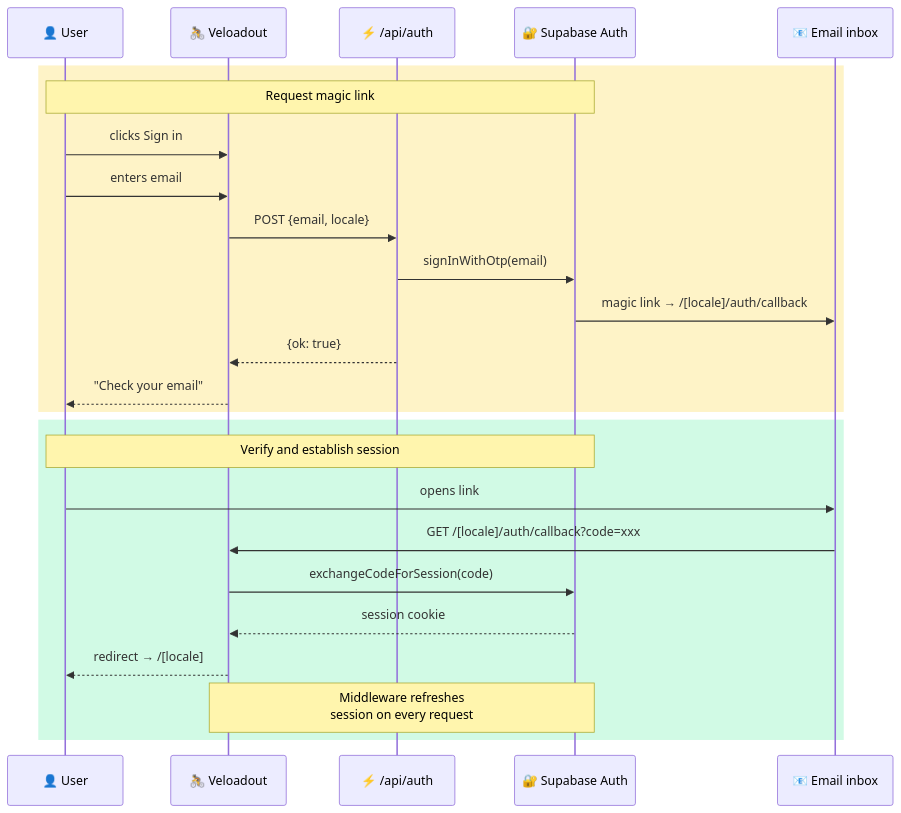
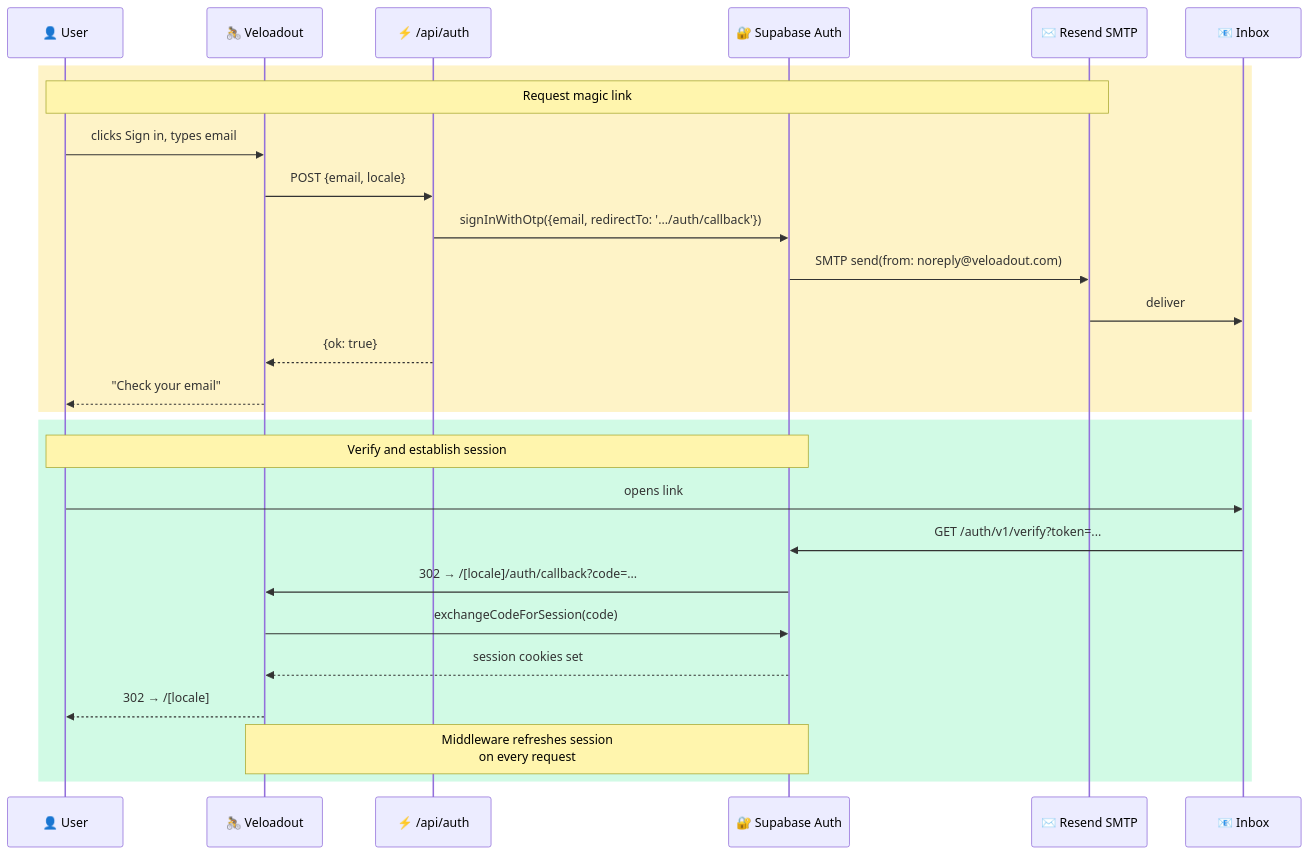
One commit to alexzhel-io/veloadout changed the fourth of 12 diagrams in docs/architecture.md. Above: the diagram before and after it, drawn with Mermaid. The commit also changed other lines of this file and 1 other file, not shown here.

First line of the commit message:
docs: rewrite architecture & operations as narrative — reads like an article

````diff
--- a/docs/architecture.md
+++ b/docs/architecture.md
@@ -190,29 +382,31 @@
 ```mermaid
 sequenceDiagram
     participant U as 👤 User
     participant App as 🚴 Veloadout
     participant API as ⚡ /api/auth
     participant SB as 🔐 Supabase Auth
-    participant Email as 📧 Email inbox
+    participant Resend as ✉️ Resend SMTP
+    participant Email as 📧 Inbox
 
     rect rgb(254, 243, 199)
-        Note over U,SB: Request magic link
-        U->>App: clicks Sign in
-        U->>App: enters email
+        Note over U,Resend: Request magic link
+        U->>App: clicks Sign in, types email
         App->>API: POST {email, locale}
-        API->>SB: signInWithOtp(email)
-        SB->>Email: magic link → /[locale]/auth/callback
+        API->>SB: signInWithOtp({email, redirectTo: '.../auth/callback'})
+        SB->>Resend: SMTP send(from: noreply@veloadout.com)
+        Resend->>Email: deliver
         API-->>App: {ok: true}
         App-->>U: "Check your email"
     end
 
     rect rgb(209, 250, 229)
         Note over U,SB: Verify and establish session
         U->>Email: opens link
-        Email->>App: GET /[locale]/auth/callback?code=xxx
+        Email->>SB: GET /auth/v1/verify?token=...
+        SB->>App: 302 → /[locale]/auth/callback?code=...
         App->>SB: exchangeCodeForSession(code)
-        SB-->>App: session cookie
-        App-->>U: redirect → /[locale]
-        Note over App,SB: Middleware refreshes<br>session on every request
+        SB-->>App: session cookies set
+        App-->>U: 302 → /[locale]
+        Note over App,SB: Middleware refreshes session<br>on every request
     end
 ```
````
